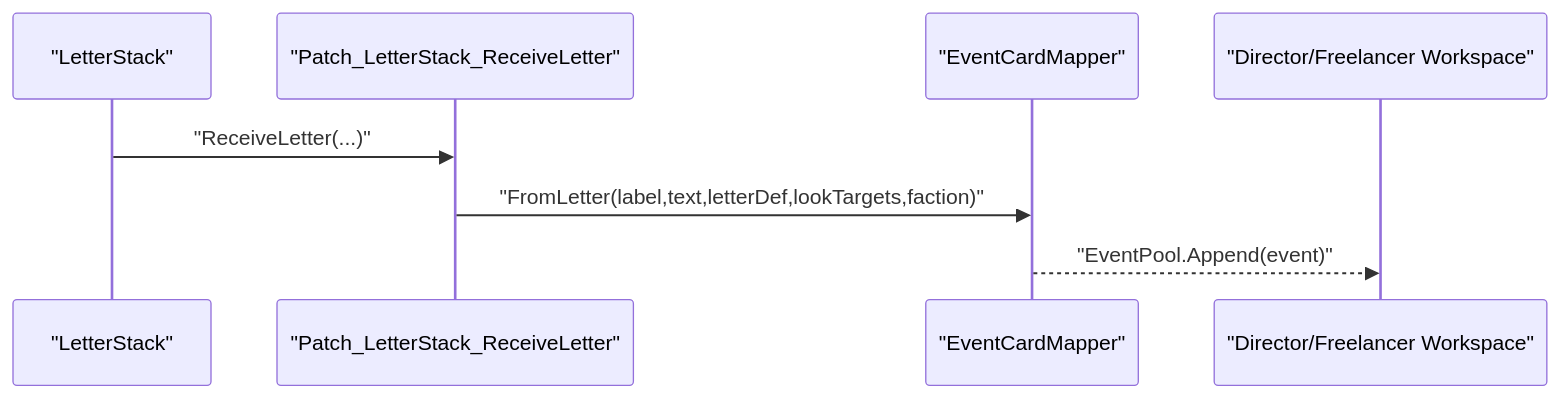
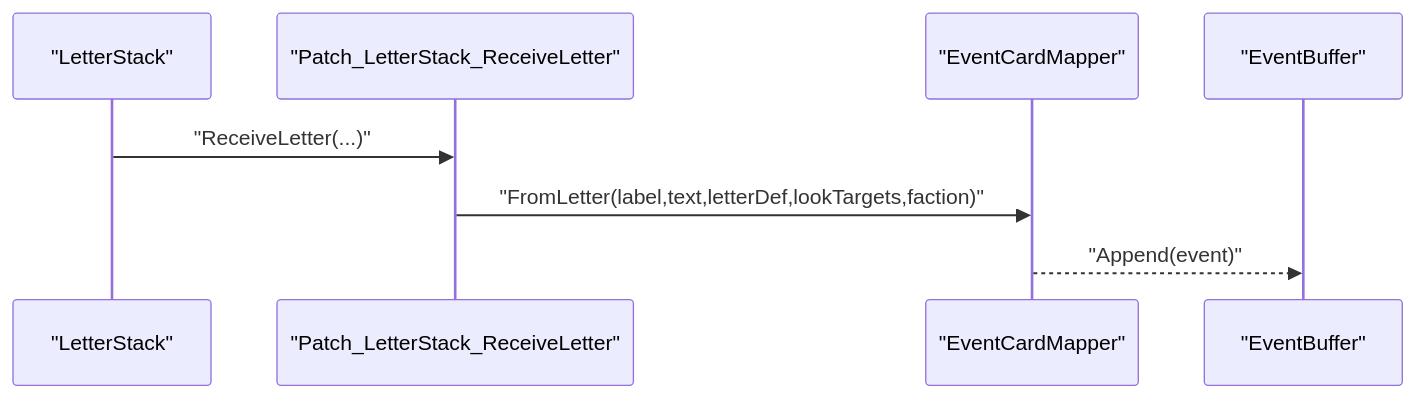
One commit to suzvka/RimLife changed the third of 8 diagrams in .qoder/repowiki/zh/content/事件系统集成.md. Above: the diagram before and after it, drawn with Mermaid. The commit also changed other lines of this file and 19 other files, not shown here.

````diff
--- a/.qoder/repowiki/zh/content/事件系统集成.md
+++ b/.qoder/repowiki/zh/content/事件系统集成.md
@@ -159,10 +189,10 @@
 ```mermaid
 sequenceDiagram
 participant LS as "LetterStack"
 participant Patch as "Patch_LetterStack_ReceiveLetter"
 participant Mapper as "EventCardMapper"
-participant WS as "Director/Freelancer Workspace"
+participant Buffer as "EventBuffer"
 LS->>Patch : "ReceiveLetter(...)"
 Patch->>Mapper : "FromLetter(label,text,letterDef,lookTargets,faction)"
-Mapper-->>WS : "EventPool.Append(event)"
+Mapper-->>Buffer : "Append(event)"
 ```
````
